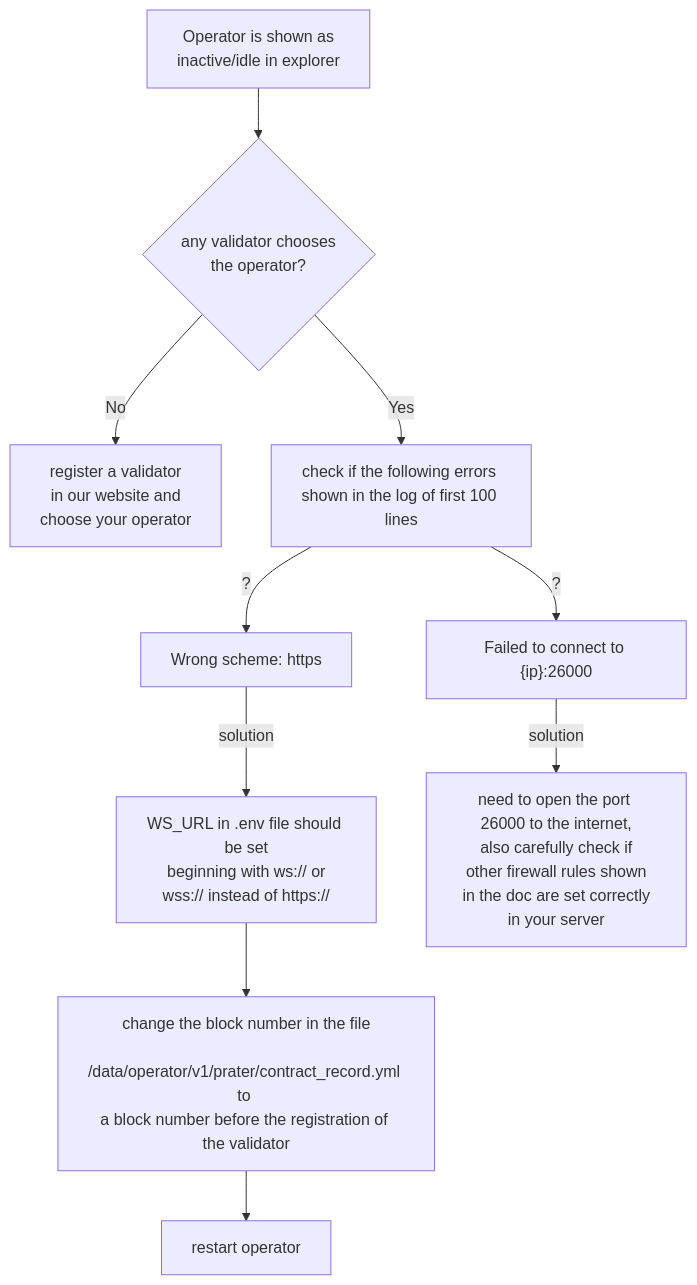
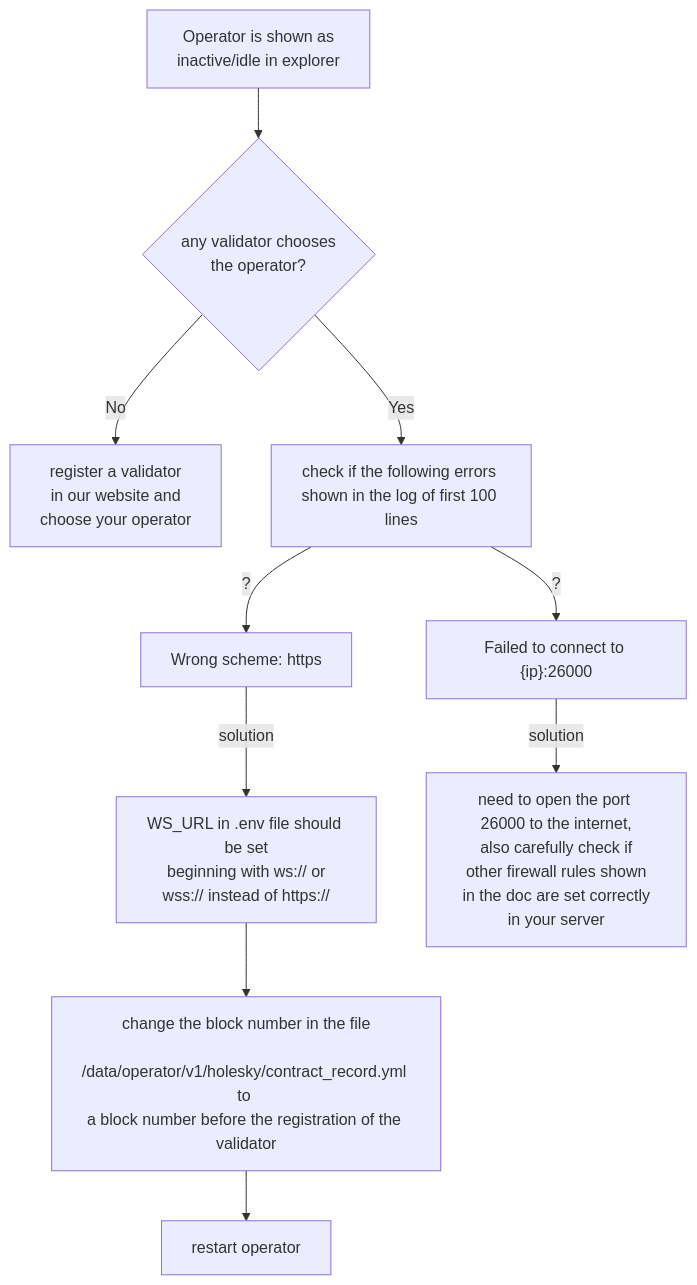
One commit to ParaState/SafeStakeOperator changed the diagram in docs/safestake-running-an-operator-node-on-going.md. Above: the diagram before and after it, drawn with Mermaid. The commit also changed other lines of this file, not shown here.

Commit message:
update doc to holesky

````diff
--- a/docs/safestake-running-an-operator-node-on-going.md
+++ b/docs/safestake-running-an-operator-node-on-going.md
@@ -279,12 +279,12 @@
 ```mermaid
 graph TD;
     A[Operator is shown as \n inactive/idle in explorer] --> B{any validator chooses\nthe operator?};
     B --> |No| C[register a validator\n in our website and \n choose your operator];
     B --> |Yes| D[check if the following errors \nshown in the log of first 100 lines];
     D --> |?| E[Wrong scheme: https];
     E --> |solution| F["WS_URL in .env file should be set\n beginning with ws:// or wss:// instead of https://"];
-    F --> G[change the block number in the file\n /data/operator/v1/prater/contract_record.yml to \na block number before the registration of the validator];
+    F --> G[change the block number in the file\n /data/operator/v1/holesky/contract_record.yml to \na block number before the registration of the validator];
     G --> H[restart operator];
     D --> |?| K["Failed to connect to {ip}:26000"];
     K --> |solution| L[need to open the port 26000 to the internet,\n also carefully check if other firewall rules shown\n in the doc are set correctly in your server];
 ```
````
